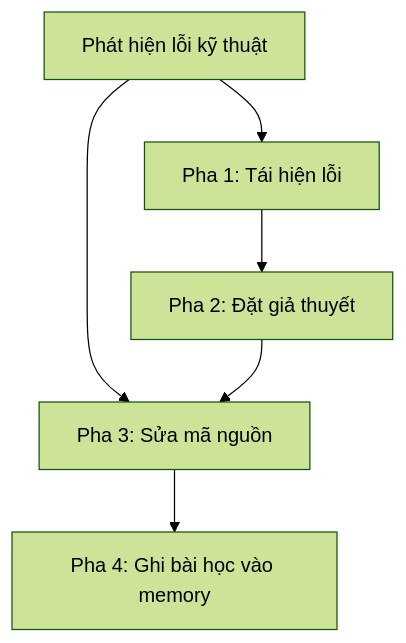
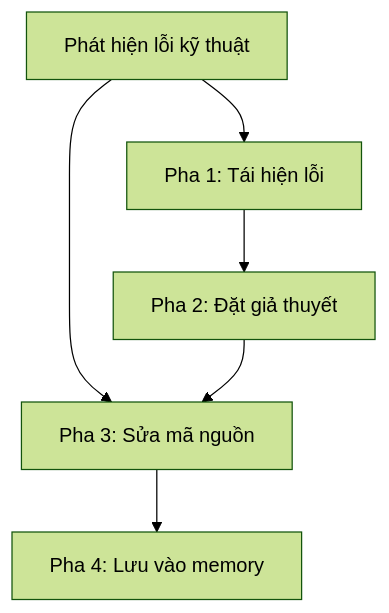
One commit to nguyengoctin/my_website changed the fifth of 6 diagrams in content/posts/toan-tap-coding-friend-ai-engineering.md. Above: the diagram before and after it, drawn with Mermaid (forest theme). The commit also changed other lines of this file and 9 other files, not shown here.

````diff
--- a/content/posts/toan-tap-coding-friend-ai-engineering.md
+++ b/content/posts/toan-tap-coding-friend-ai-engineering.md
@@ -141,8 +161,13 @@
 ```mermaid
 flowchart TD
-    Bug["Phát hiện lỗi kỹ thuật"] --> Step1["Pha 1: Tái hiện lỗi"]
-    Step1 --> Step2["Pha 2: Đặt giả thuyết"]
-    Bug --> Step3["Pha 3: Sửa mã nguồn"]
+    Bug["`Phát hiện lỗi kỹ thuật`"]
+    Step1["`Pha 1: Tái hiện lỗi`"]
+    Step2["`Pha 2: Đặt giả thuyết`"]
+    Step3["`Pha 3: Sửa mã nguồn`"]
+    Step4["`Pha 4: Lưu vào memory`"]
+    Bug --> Step1
+    Step1 --> Step2
+    Bug --> Step3
     Step2 --> Step3
-    Step3 --> Step4["Pha 4: Ghi bài học vào memory"]
+    Step3 --> Step4
 ```
````
